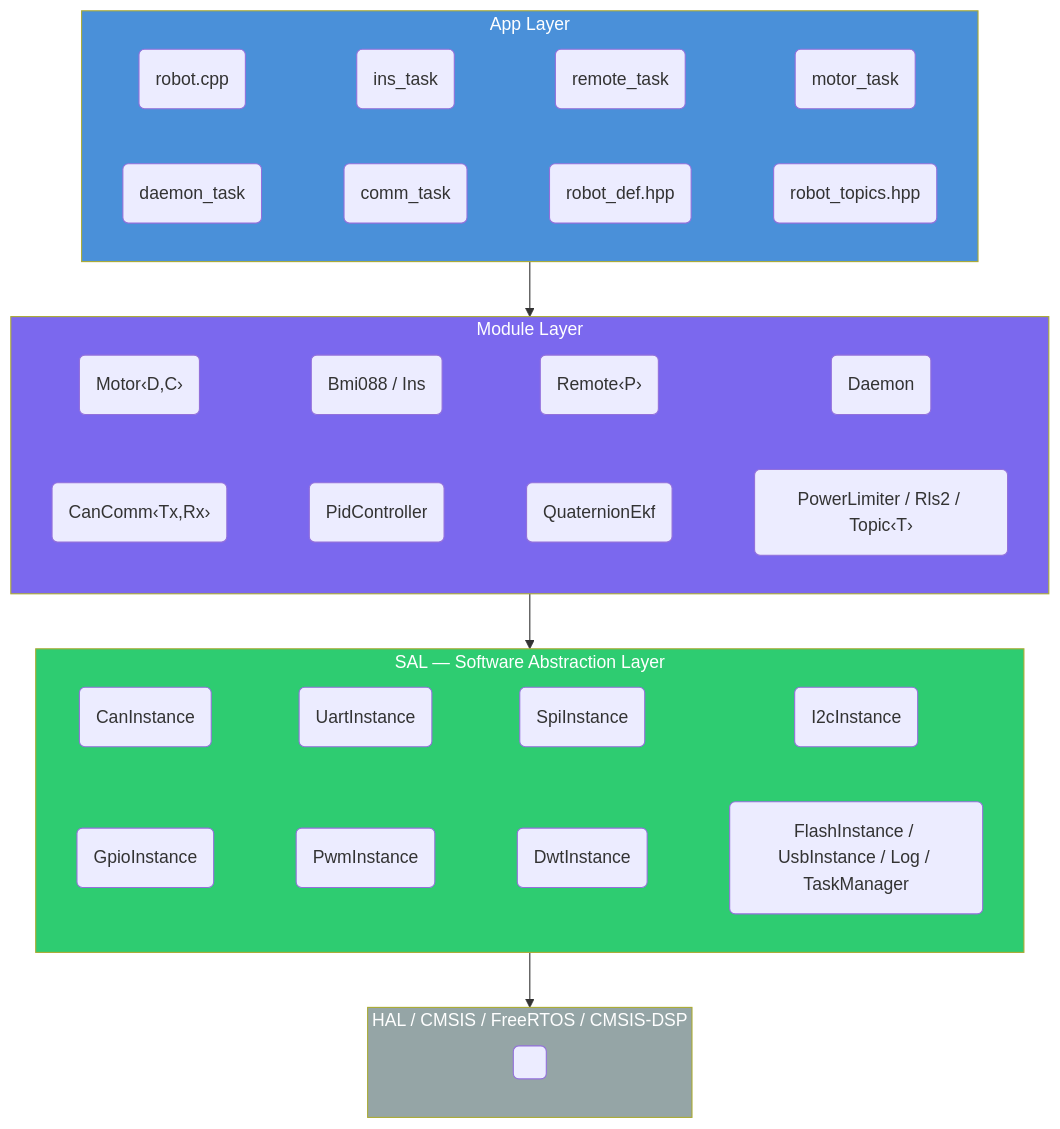
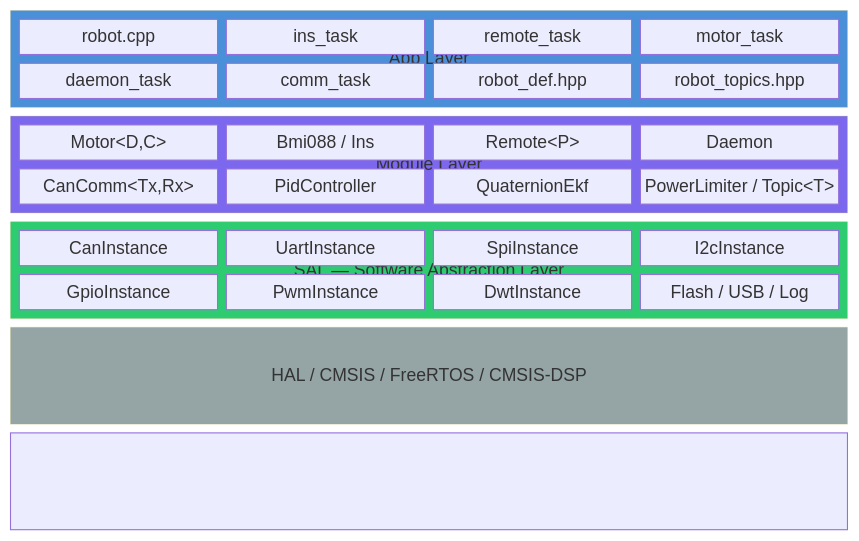
Before and after one commit to Misaka21/RMEC: the first of 5 diagrams in README.md, drawn with Mermaid. The commit also changed other lines of this file, not shown here.

Commit message:
📝 docs(readme): 修复 Mermaid 图表渲染问题
- SeqLock 时序图: 移除分号/特殊字符避免解析错误
- 三层架构图: graph TD → block-beta 网格布局

````diff
--- a/README.md
+++ b/README.md
@@ -61,28 +61,30 @@
 ```mermaid
-graph TD
-    subgraph App["App Layer"]
-        direction LR
-        A1(robot.cpp) ~~~ A2(ins_task) ~~~ A3(remote_task) ~~~ A4(motor_task)
-        A5(daemon_task) ~~~ A6(comm_task) ~~~ A7(robot_def.hpp) ~~~ A8(robot_topics.hpp)
+block-beta
+    columns 1
+    block:App["App Layer"]
+        columns 4
+        A1["robot.cpp"] A2["ins_task"] A3["remote_task"] A4["motor_task"]
+        A5["daemon_task"] A6["comm_task"] A7["robot_def.hpp"] A8["robot_topics.hpp"]
     end
-    subgraph Module["Module Layer"]
-        direction LR
-        M1("Motor‹D,C›") ~~~ M2(Bmi088 / Ins) ~~~ M3("Remote‹P›") ~~~ M4(Daemon)
-        M5("CanComm‹Tx,Rx›") ~~~ M6(PidController) ~~~ M7(QuaternionEkf) ~~~ M8("PowerLimiter / Rls2 / Topic‹T›")
+    block:Module["Module Layer"]
+        columns 4
+        M1["Motor&lt;D,C&gt;"] M2["Bmi088 / Ins"] M3["Remote&lt;P&gt;"] M4["Daemon"]
+        M5["CanComm&lt;Tx,Rx&gt;"] M6["PidController"] M7["QuaternionEkf"] M8["PowerLimiter / Topic&lt;T&gt;"]
     end
-    subgraph SAL["SAL — Software Abstraction Layer"]
-        direction LR
-        S1(CanInstance) ~~~ S2(UartInstance) ~~~ S3(SpiInstance) ~~~ S4(I2cInstance)
-        S5(GpioInstance) ~~~ S6(PwmInstance) ~~~ S7(DwtInstance) ~~~ S8("FlashInstance / UsbInstance / Log / TaskManager")
+    block:SAL["SAL — Software Abstraction Layer"]
+        columns 4
+        S1["CanInstance"] S2["UartInstance"] S3["SpiInstance"] S4["I2cInstance"]
+        S5["GpioInstance"] S6["PwmInstance"] S7["DwtInstance"] S8["Flash / USB / Log"]
     end
-    subgraph HAL["HAL / CMSIS / FreeRTOS / CMSIS-DSP"]
-        H1(" ")
+    block:HAL["HAL / CMSIS / FreeRTOS / CMSIS-DSP"]
+        columns 1
+        space
     end
 
     App --> Module --> SAL --> HAL
 
     style App fill:#4a90d9,color:#fff
     style Module fill:#7b68ee,color:#fff
     style SAL fill:#2ecc71,color:#fff
     style HAL fill:#95a5a6,color:#fff
 ```
````
